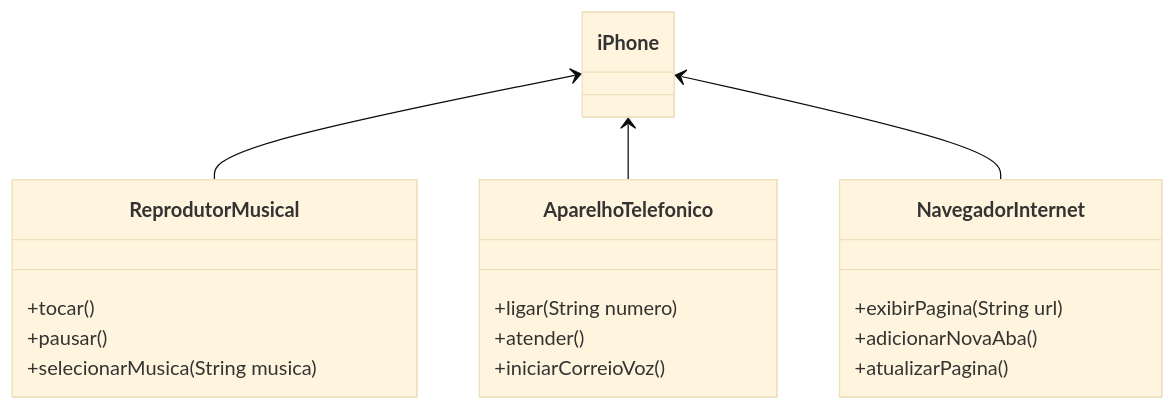
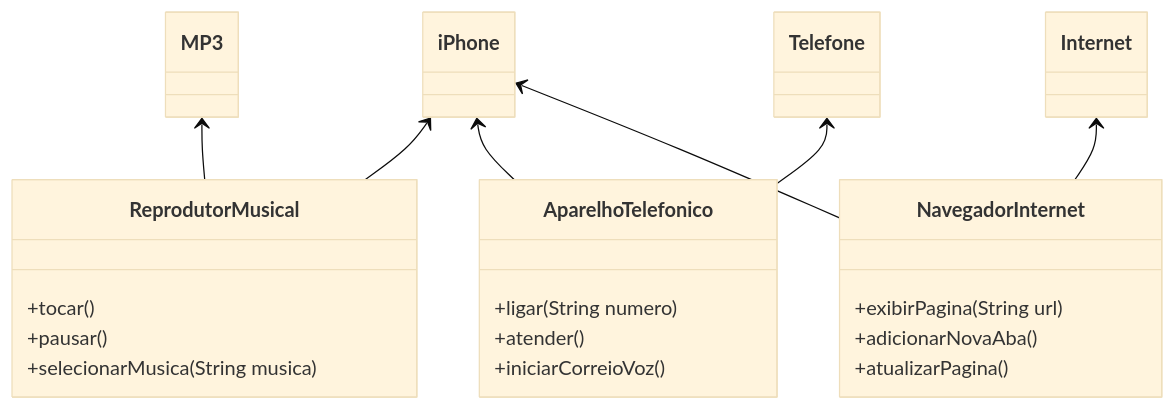
Before and after one commit to D53261/desafio_uml_java_dio: the diagram in README.md, drawn with Mermaid (base theme). The commit also changed other lines of this file and 17 other files, not shown here.

````diff
--- a/README.md
+++ b/README.md
@@ -3,27 +3,39 @@
 ```mermaid
 classDiagram
     class ReprodutorMusical {
         +tocar()
         +pausar()
         +selecionarMusica(String musica)
     }
 
     class AparelhoTelefonico {
         +ligar(String numero)
         +atender()
         +iniciarCorreioVoz()
     }
 
     class NavegadorInternet {
         +exibirPagina(String url)
         +adicionarNovaAba()
         +atualizarPagina()
     }
 
     class iPhone {
     }
 
+    class Internet {
+    }
+
+    class Telefone {
+    }
+
+    class MP3 {
+    }
+
     iPhone <-- ReprodutorMusical
     iPhone <-- AparelhoTelefonico
     iPhone <-- NavegadorInternet
+    Internet <-- NavegadorInternet
+    Telefone <-- AparelhoTelefonico
+    MP3 <-- ReprodutorMusical
 ```
````
